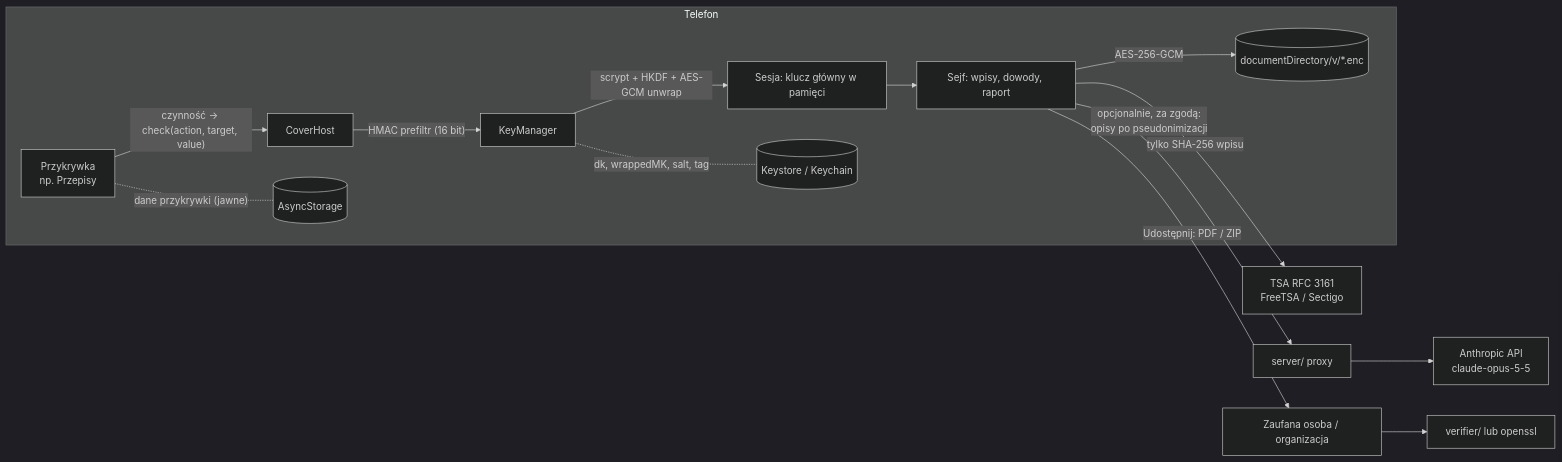
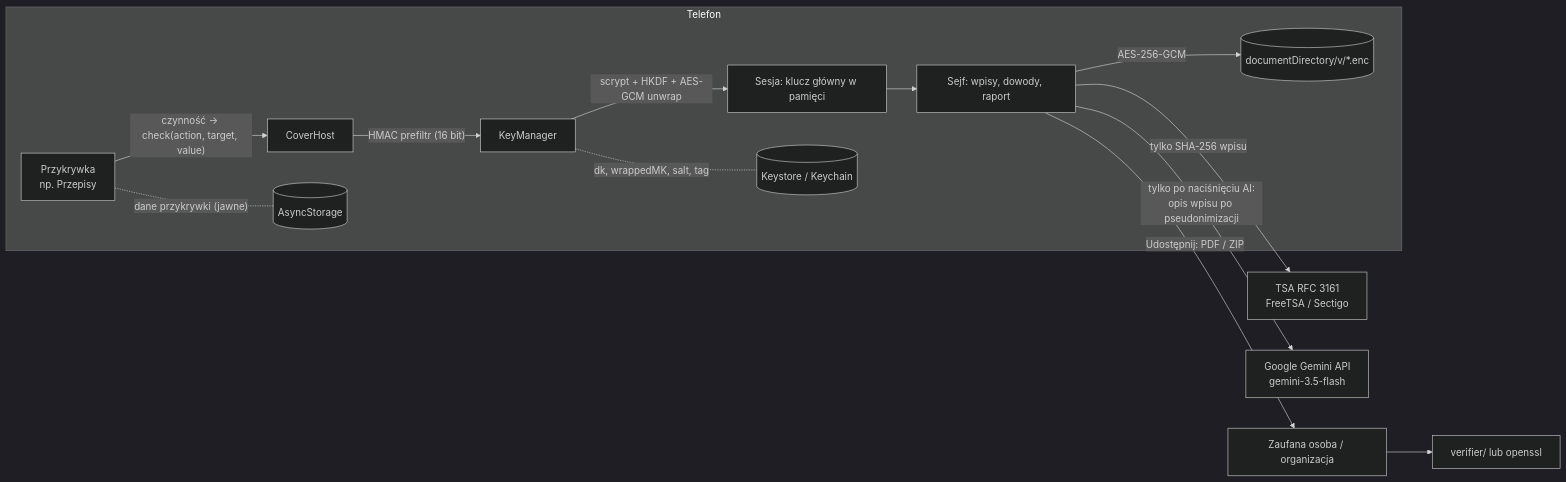
Before and after one commit to Mikformatycy/sejf-place: the diagram in docs/architektura.md, drawn with Mermaid (dark theme). The commit also changed other lines of this file and 11 other files, not shown here.

````diff
--- a/docs/architektura.md
+++ b/docs/architektura.md
@@ -3,16 +3,16 @@
 ```mermaid
 flowchart LR
   subgraph Telefon
     C[Przykrywka<br/>np. Przepisy] -- "czynność → check(action, target, value)" --> H[CoverHost]
     H -- "HMAC prefiltr (16 bit)" --> K[KeyManager]
     K -- "scrypt + HKDF + AES-GCM unwrap" --> S[Sesja: klucz główny w pamięci]
     S --> V[Sejf: wpisy, dowody, raport]
     V -- "AES-256-GCM" --> FS[(documentDirectory/v/*.enc)]
     K -. "dk, wrappedMK, salt, tag" .- KS[(Keystore / Keychain)]
     C -. "dane przykrywki (jawne)" .- AS[(AsyncStorage)]
   end
   V -- "tylko SHA-256 wpisu" --> TSA[TSA RFC 3161<br/>FreeTSA / Sectigo]
-  V -- "opcjonalnie, za zgodą:<br/>opisy po pseudonimizacji" --> P[server/ proxy] --> A[Anthropic API<br/>claude-opus-5-5]
+  V -- "tylko po naciśnięciu AI:<br/>opis wpisu po pseudonimizacji" --> G[Google Gemini API<br/>gemini-3.5-flash]
   V -- "Udostępnij: PDF / ZIP" --> Z[Zaufana osoba / organizacja]
   Z --> W[verifier/ lub openssl]
 ```
````
